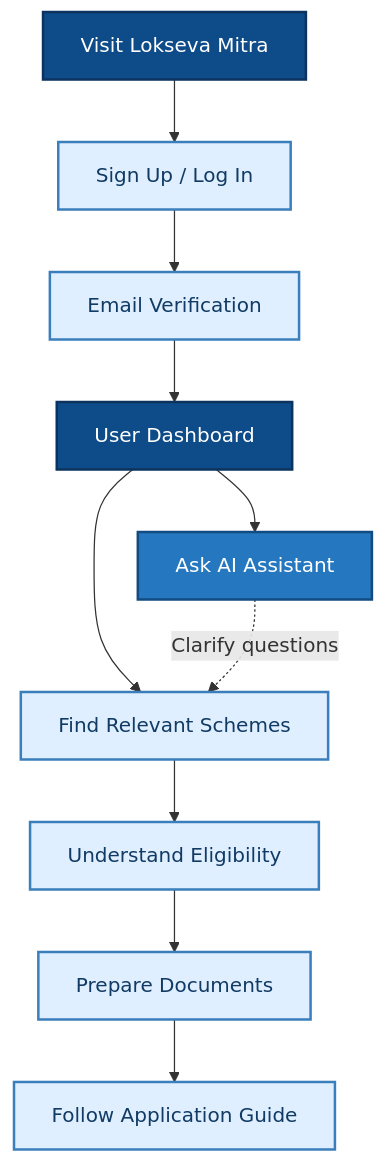
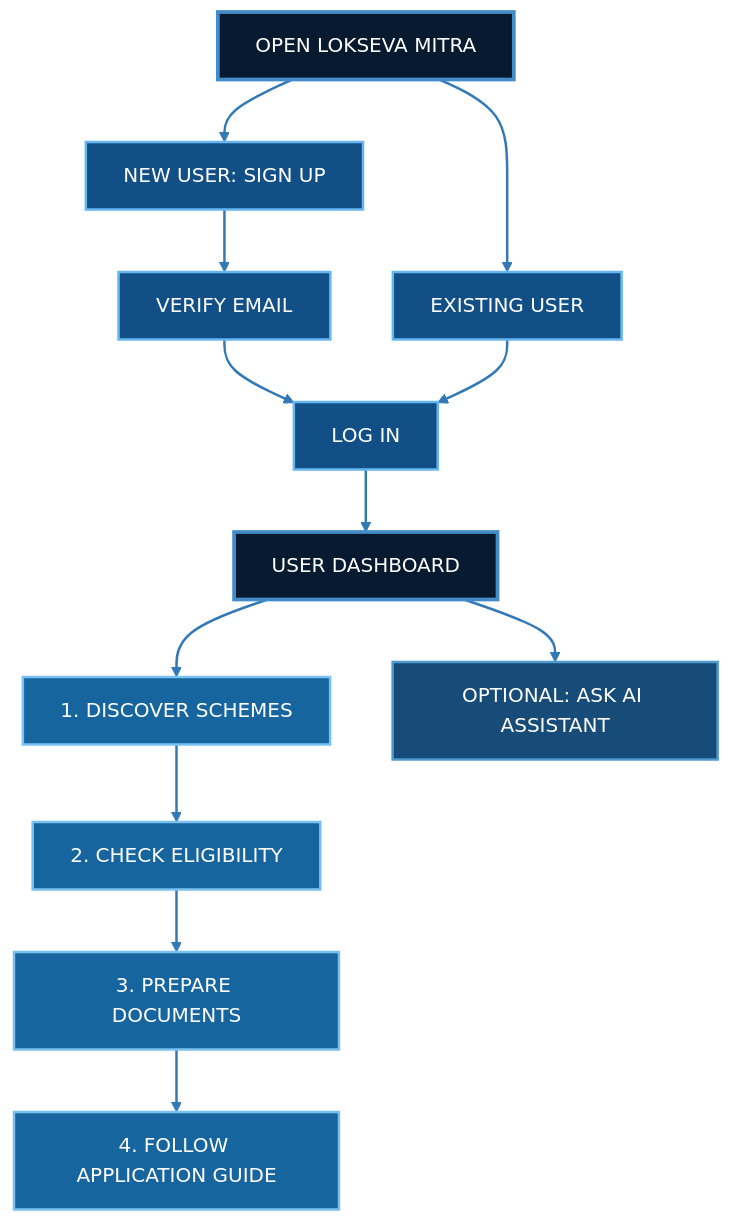
The second of 3 diagrams in README.md (ImmrAD/lokseva-mitra), drawn with Mermaid before and after one commit. The commit also changed other lines of this file, not shown here.

Commit message:
Refactor architecture diagrams and user journey flow in README.md for clarity and improved user guidance

````diff
--- a/README.md
+++ b/README.md
@@ -108,19 +125,25 @@
 ```mermaid
-flowchart TD
-    START["Visit Lokseva Mitra"] --> ACCOUNT["Sign Up / Log In"]
-    ACCOUNT --> VERIFY["Email Verification"]
-    VERIFY --> HOME["User Dashboard"]
-    HOME --> SEARCH["Find Relevant Schemes"]
-    SEARCH --> CHECK["Understand Eligibility"]
-    CHECK --> DOCUMENTS["Prepare Documents"]
-    DOCUMENTS --> APPLY["Follow Application Guide"]
-    HOME --> ASSIST["Ask AI Assistant"]
-    ASSIST -. "Clarify questions" .-> SEARCH
+flowchart TB
+    START["OPEN LOKSEVA MITRA"]
+    START --> NEW["NEW USER: SIGN UP"]
+    START --> RETURN["EXISTING USER"]
+    NEW --> VERIFY["VERIFY EMAIL"]
+    VERIFY --> ACCESS["LOG IN"]
+    RETURN --> ACCESS
+    ACCESS --> DASH["USER DASHBOARD"]
+    DASH --> DISCOVER["1. DISCOVER SCHEMES"]
+    DISCOVER --> ELIGIBLE["2. CHECK ELIGIBILITY"]
+    ELIGIBLE --> DOCUMENTS["3. PREPARE DOCUMENTS"]
+    DOCUMENTS --> STEPS["4. FOLLOW APPLICATION GUIDE"]
+    DASH --> ASSIST["OPTIONAL: ASK AI ASSISTANT"]
 
-    classDef strong fill:#0E4B89,stroke:#0C335F,stroke-width:2px,color:#FFFFFF;
-    classDef step fill:#DFEFFF,stroke:#3A7EBB,stroke-width:2px,color:#113B64;
-    classDef help fill:#2578BF,stroke:#124A82,stroke-width:2px,color:#FFFFFF;
-    class START,HOME strong;
-    class ACCOUNT,VERIFY,SEARCH,CHECK,DOCUMENTS,APPLY step;
-    class ASSIST help;
+    classDef entry fill:#071A30,stroke:#438CC9,stroke-width:3px,color:#FFFFFF;
+    classDef account fill:#124F87,stroke:#66B7F1,stroke-width:2px,color:#FFFFFF;
+    classDef journey fill:#17659E,stroke:#79C1F0,stroke-width:2px,color:#FFFFFF;
+    classDef optional fill:#164C77,stroke:#4C9ACF,stroke-width:2px,color:#FFFFFF;
+    class START,DASH entry;
+    class NEW,RETURN,VERIFY,ACCESS account;
+    class DISCOVER,ELIGIBLE,DOCUMENTS,STEPS journey;
+    class ASSIST optional;
+    linkStyle default stroke:#3179B7,stroke-width:2px
 ```
````
